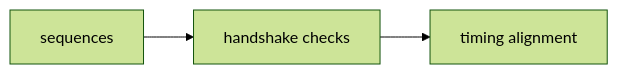
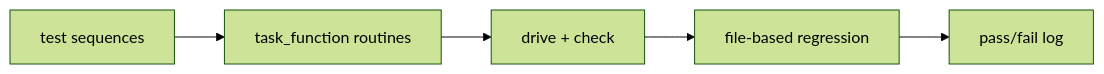
Before and after one commit to universal-verification-methodology/learn_verilator_iverilog: the diagram in media/module5/assets/diagrams/verification_architecture.mmd, drawn with Mermaid (forest theme). The commit also changed 1112 other files, not shown here.

```diff
--- a/media/module5/assets/diagrams/verification_architecture.mmd
+++ b/media/module5/assets/diagrams/verification_architecture.mmd
@@ -1,3 +1,5 @@
 flowchart LR
-  SEQ[sequences] --> HAND[handshake checks]
-  HAND --> TIME[timing alignment]
+  SEQ[test sequences] --> ROUT[task_function routines]
+  ROUT --> DUT[drive + check]
+  DUT --> FILEIO[file-based regression]
+  FILEIO --> RPT[pass/fail log]
```
